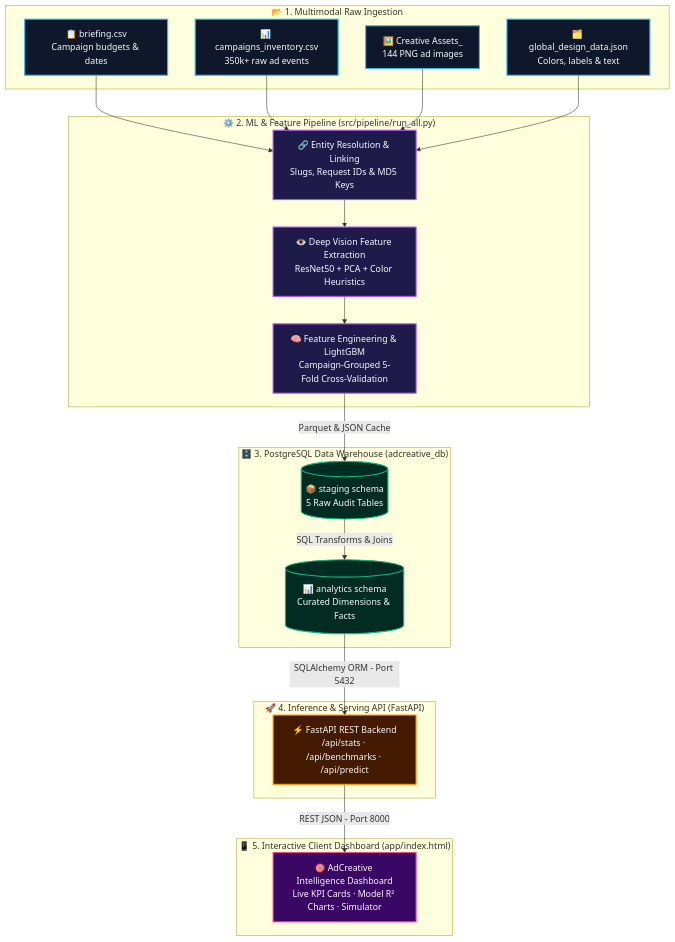
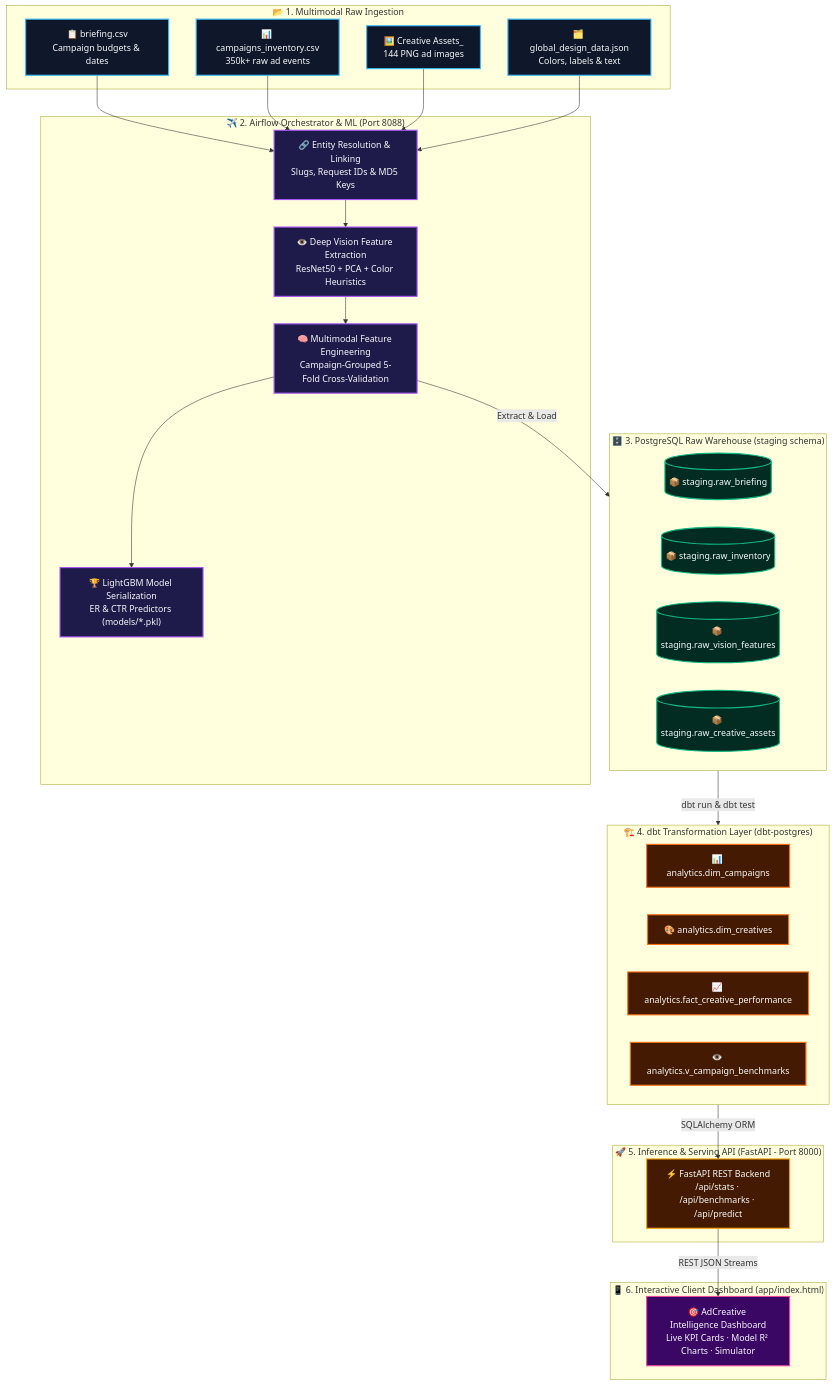
Before and after one commit to bkget/AdTech-Creative-Performance-Prediction: the diagram in README.md, drawn with Mermaid. The commit also changed other lines of this file and 37 other files, not shown here.

Commit message:
refactor: simplify Makefile automation, drop dead demo/db-init/legacy scripts, and rename airflow/ to orchestration/ (airflow_dag + dbt_project)

````diff
--- a/README.md
+++ b/README.md
@@ -50,54 +67,62 @@
 ```mermaid
 flowchart TD
     %% =========================================================================
     %% Modern High-Contrast Theme Styling
     %% =========================================================================
     classDef rawCard fill:#0f172a,stroke:#38bdf8,stroke-width:2px,color:#f8fafc;
     classDef pipeCard fill:#1e1b4b,stroke:#a855f7,stroke-width:2px,color:#f8fafc;
     classDef dbCard fill:#022c22,stroke:#10b981,stroke-width:2px,color:#f8fafc;
+    classDef dbtCard fill:#451a03,stroke:#f97316,stroke-width:2px,color:#f8fafc;
     classDef apiCard fill:#451a03,stroke:#f59e0b,stroke-width:2px,color:#f8fafc;
     classDef uiCard fill:#3b0764,stroke:#ec4899,stroke-width:2px,color:#f8fafc;
 
     subgraph RAW["📂 1. Multimodal Raw Ingestion"]
         A1["📋 briefing.csv<br/>Campaign budgets & dates"]
         A2["📊 campaigns_inventory.csv<br/>350k+ raw ad events"]
         A3["🖼️ Creative Assets_<br/>144 PNG ad images"]
         A4["🗂️ global_design_data.json<br/>Colors, labels & text"]
     end
 
-    subgraph PIPELINE["⚙️ 2. ML & Feature Pipeline (src/pipeline/run_all.py)"]
+    subgraph ORCH["✈️ 2. Airflow Orchestrator & ML (Port 8088)"]
         B1["🔗 Entity Resolution & Linking<br/>Slugs, Request IDs & MD5 Keys"]
         B2["👁️ Deep Vision Feature Extraction<br/>ResNet50 + PCA + Color Heuristics"]
-        B3["🧠 Feature Engineering & LightGBM<br/>Campaign-Grouped 5-Fold Cross-Validation"]
+        B3["🧠 Multimodal Feature Engineering<br/>Campaign-Grouped 5-Fold Cross-Validation"]
+        B4["🏆 LightGBM Model Serialization<br/>ER & CTR Predictors (models/*.pkl)"]
     end
 
-    subgraph STORE["🗄️ 3. PostgreSQL Data Warehouse (adcreative_db)"]
-        C1[("📦 staging schema<br/>5 Raw Audit Tables")]
-        C2[("📊 analytics schema<br/>Curated Dimensions & Facts")]
+    subgraph STAGING["🗄️ 3. PostgreSQL Raw Warehouse (staging schema)"]
+        C1[("📦 staging.raw_briefing")]
+        C2[("📦 staging.raw_inventory")]
+        C3[("📦 staging.raw_vision_features")]
+        C4[("📦 staging.raw_creative_assets")]
     end
 
-    subgraph SERVING["🚀 4. Inference & Serving API (FastAPI)"]
-        D1["⚡ FastAPI REST Backend<br/>/api/stats · /api/benchmarks · /api/predict"]
+    subgraph DBT["🏗️ 4. dbt Transformation Layer (dbt-postgres)"]
+        D1["📊 analytics.dim_campaigns"]
+        D2["🎨 analytics.dim_creatives"]
+        D3["📈 analytics.fact_creative_performance"]
+        D4["👁️ analytics.v_campaign_benchmarks"]
     end
 
-    subgraph DASH["📱 5. Interactive Client Dashboard (app/index.html)"]
-        E1["🎯 AdCreative Intelligence Dashboard<br/>Live KPI Cards · Model R² Charts · Simulator"]
+    subgraph SERVING["🚀 5. Inference & Serving API (FastAPI - Port 8000)"]
+        E1["⚡ FastAPI REST Backend<br/>/api/stats · /api/benchmarks · /api/predict"]
     end
 
-    A1 --> B1
-    A2 --> B1
-    A3 --> B1
-    A4 --> B1
-    B1 --> B2
-    B2 --> B3
-    B3 -->|"Parquet & JSON Cache"| C1
-    C1 -->|"SQL Transforms & Joins"| C2
-    C2 -->|"SQLAlchemy ORM - Port 5432"| D1
-    D1 -->|"REST JSON - Port 8000"| E1
+    subgraph DASH["📱 6. Interactive Client Dashboard (app/index.html)"]
+        F1["🎯 AdCreative Intelligence Dashboard<br/>Live KPI Cards · Model R² Charts · Simulator"]
+    end
+
+    A1 & A2 & A3 & A4 --> B1
+    B1 --> B2 --> B3 --> B4
+    B3 -->|"Extract & Load"| STAGING
+    STAGING -->|"dbt run & dbt test"| DBT
+    DBT -->|"SQLAlchemy ORM"| E1
+    E1 -->|"REST JSON Streams"| F1
 
     class A1,A2,A3,A4 rawCard;
-    class B1,B2,B3 pipeCard;
-    class C1,C2 dbCard;
-    class D1 apiCard;
-    class E1 uiCard;
+    class B1,B2,B3,B4 pipeCard;
+    class C1,C2,C3,C4 dbCard;
+    class D1,D2,D3,D4 dbtCard;
+    class E1 apiCard;
+    class F1 uiCard;
 ```
````
